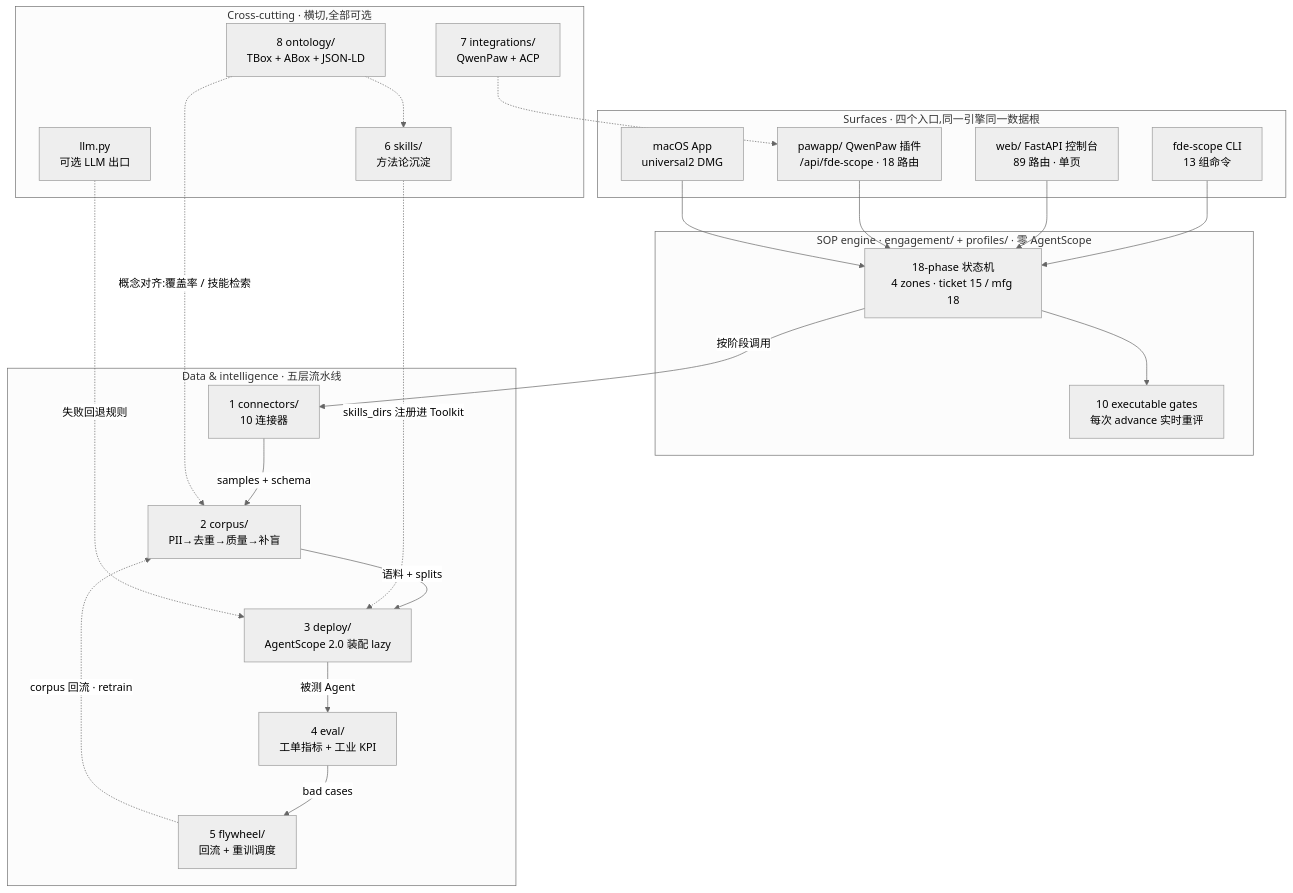
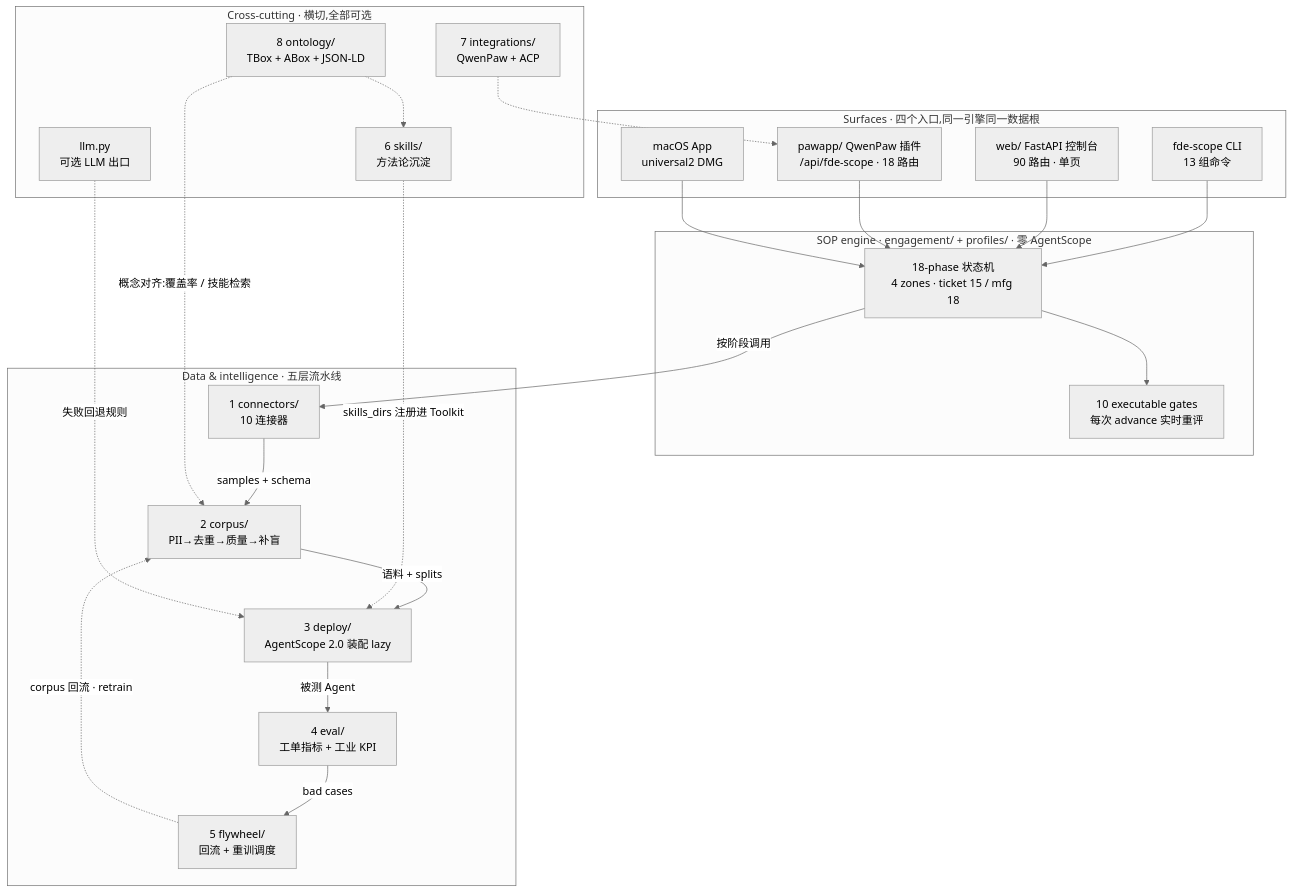
One commit to ai-guru-global/fde-scope changed the second of 3 diagrams in README.md. Above: the diagram before and after it, drawn with Mermaid (neutral theme). The commit also changed other lines of this file and 11 other files, not shown here.

````diff
--- a/README.md
+++ b/README.md
@@ -318,46 +318,46 @@
 ```mermaid
 flowchart TB
     subgraph surfaces["Surfaces · 四个入口,同一引擎同一数据根"]
         CLI["fde-scope CLI<br/>13 组命令"]
-        WEB["web/ FastAPI 控制台<br/>89 路由 · 单页"]
+        WEB["web/ FastAPI 控制台<br/>90 路由 · 单页"]
         PAW["pawapp/ QwenPaw 插件<br/>/api/fde-scope · 18 路由"]
         MAC["macOS App<br/>universal2 DMG"]
     end
 
     subgraph engine["SOP engine · engagement/ + profiles/ · 零 AgentScope"]
         PH["18-phase 状态机<br/>4 zones · ticket 15 / mfg 18"]
         GT["10 executable gates<br/>每次 advance 实时重评"]
     end
 
     subgraph layers["Data & intelligence · 五层流水线"]
         L1["1 connectors/<br/>10 连接器"]
         L2["2 corpus/<br/>PII→去重→质量→补盲"]
         L3["3 deploy/<br/>AgentScope 2.0 装配 lazy"]
         L4["4 eval/<br/>工单指标 + 工业 KPI"]
         L5["5 flywheel/<br/>回流 + 重训调度"]
         L1 -->|"samples + schema"| L2
         L2 -->|"语料 + splits"| L3
         L3 -->|"被测 Agent"| L4
         L4 -->|"bad cases"| L5
         L5 -.->|"corpus 回流 · retrain"| L2
     end
 
     subgraph cross["Cross-cutting · 横切,全部可选"]
         SK["6 skills/<br/>方法论沉淀"]
         INT["7 integrations/<br/>QwenPaw + ACP"]
         ONT["8 ontology/<br/>TBox + ABox + JSON-LD"]
         LLM["llm.py<br/>可选 LLM 出口"]
     end
 
     CLI --> PH
     WEB --> PH
     PAW --> PH
     MAC --> PH
     PH --> GT
     PH -->|"按阶段调用"| L1
     ONT -.->|"概念对齐:覆盖率 / 技能检索"| L2
     ONT -.-> SK
     SK -.->|"skills_dirs 注册进 Toolkit"| L3
     LLM -.->|"失败回退规则"| L3
     INT -.-> PAW
 ```
````
